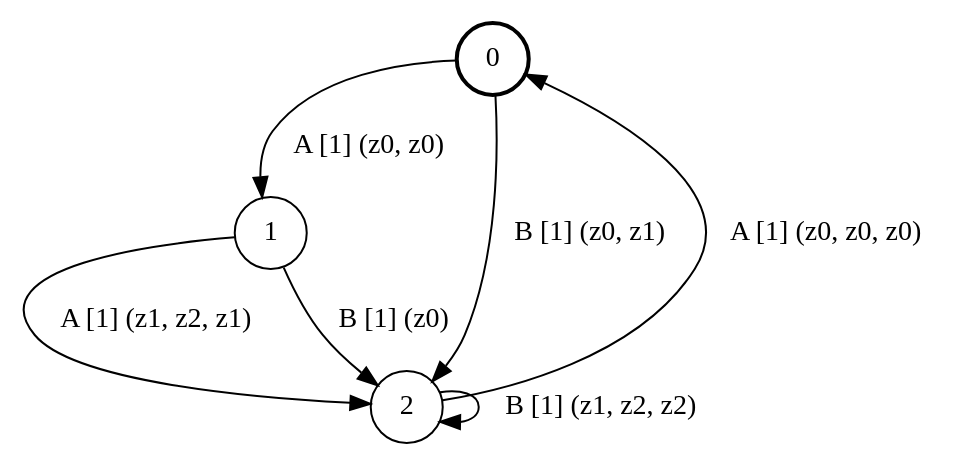
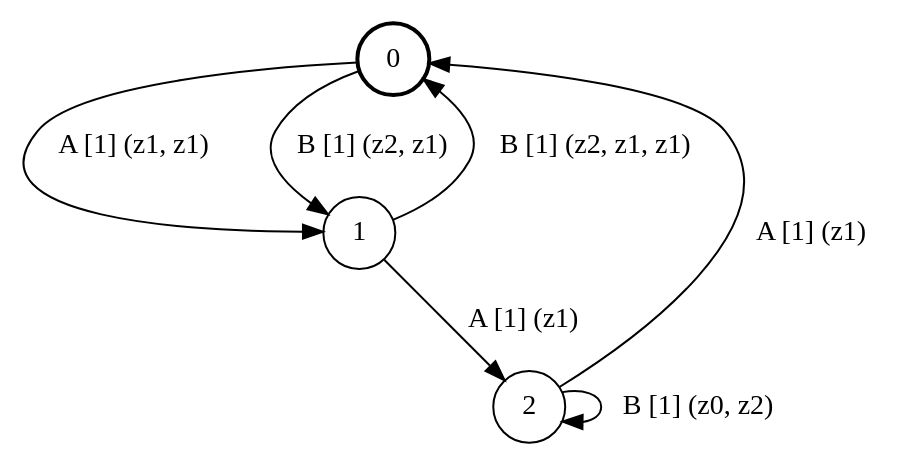
One commit to ulyantsev/EFSM-tools changed the diagram in qbf/testing/fsm_3s2e3a.dot. Above: the diagram before and after it, drawn with Graphviz. The commit also changed 5228 other files, not shown here.

```diff
--- a/qbf/testing/fsm_3s2e3a.dot
+++ b/qbf/testing/fsm_3s2e3a.dot
@@ -1,12 +1,12 @@
 # generated file, don't try to modify
 # command: dot -Tpng <filename> > tree.png
 digraph Automaton {
     node [shape = circle];
     0 [style = "bold"];
-    0 -> 1 [label = "A [1] (z0, z0) "];
-    0 -> 2 [label = "B [1] (z0, z1) "];
-    1 -> 2 [label = "A [1] (z1, z2, z1) "];
-    1 -> 2 [label = "B [1] (z0) "];
-    2 -> 0 [label = "A [1] (z0, z0, z0) "];
-    2 -> 2 [label = "B [1] (z1, z2, z2) "];
+    0 -> 1 [label = "A [1] (z1, z1) "];
+    0 -> 1 [label = "B [1] (z2, z1) "];
+    1 -> 2 [label = "A [1] (z1) "];
+    1 -> 0 [label = "B [1] (z2, z1, z1) "];
+    2 -> 0 [label = "A [1] (z1) "];
+    2 -> 2 [label = "B [1] (z0, z2) "];
 }
```
